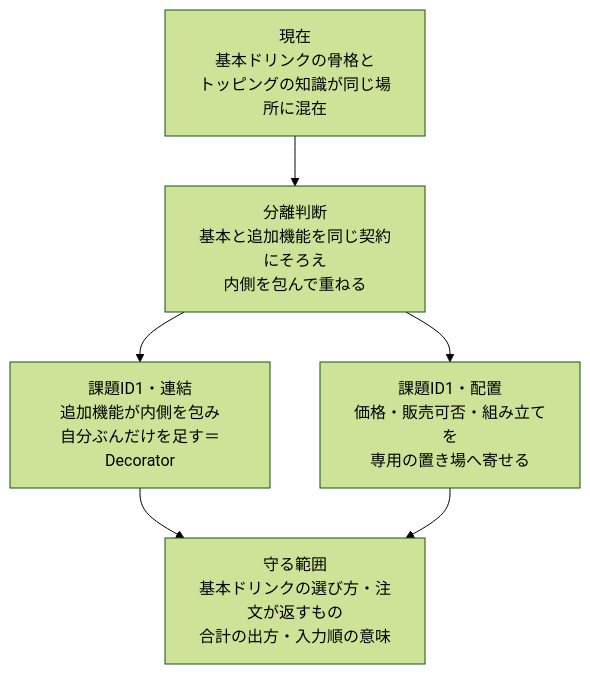
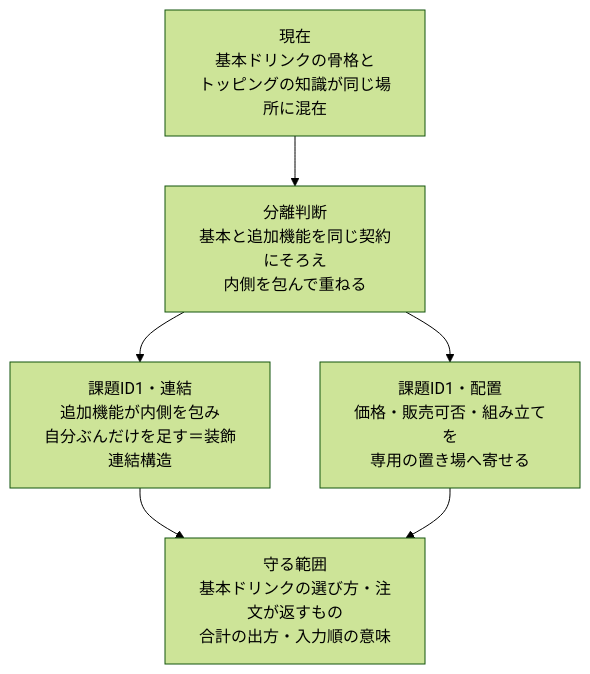
The seventh of 18 diagrams in kindle/design-patterns/output/chapter06.md (kumachan1101-pixel/DesignPattern), drawn with Mermaid (forest theme) before and after one commit. The commit also changed other lines of this file and 24 other files, not shown here.

Commit message:
docs: 問題から導く構成とクラス図説明を整合

````diff
--- a/kindle/design-patterns/output/chapter06.md
+++ b/kindle/design-patterns/output/chapter06.md
@@ -1217,8 +1215,8 @@
 ```mermaid
 flowchart TB
     A[現在<br/>基本ドリンクの骨格と<br/>トッピングの知識が同じ場所に混在] --> B[分離判断<br/>基本と追加機能を同じ契約にそろえ<br/>内側を包んで重ねる]
-    B --> C[課題ID1・連結<br/>追加機能が内側を包み<br/>自分ぶんだけを足す＝Decorator]
+    B --> C[課題ID1・連結<br/>追加機能が内側を包み<br/>自分ぶんだけを足す＝装飾連結構造]
     B --> D[課題ID1・配置<br/>価格・販売可否・組み立てを<br/>専用の置き場へ寄せる]
     C --> E[守る範囲<br/>基本ドリンクの選び方・注文が返すもの<br/>合計の出方・入力順の意味]
     D --> E
 ```
````
